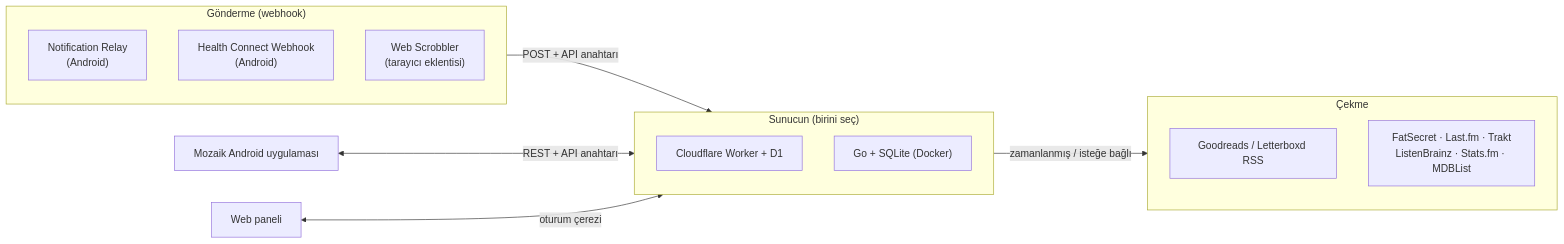
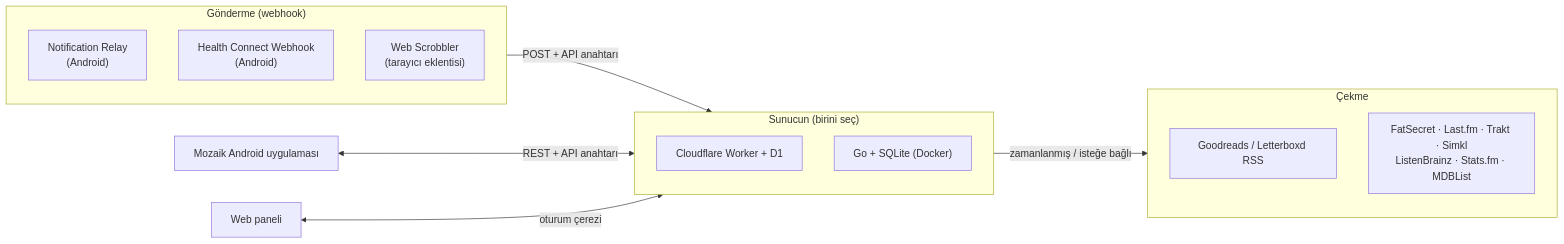
Before and after one commit to Enki013/Mozaik: the diagram in README.tr.md, drawn with Mermaid. The commit also changed other lines of this file and 11 other files, not shown here.

````diff
--- a/README.tr.md
+++ b/README.tr.md
@@ -66,23 +66,23 @@
 ```mermaid
 flowchart LR
     subgraph Push["Gönderme (webhook)"]
         NR["Notification Relay<br/>(Android)"]
         HC["Health Connect Webhook<br/>(Android)"]
         WS["Web Scrobbler<br/>(tarayıcı eklentisi)"]
     end
 
     subgraph Server["Sunucun (birini seç)"]
         CF["Cloudflare Worker + D1"]
         GO["Go + SQLite (Docker)"]
     end
 
     subgraph Pull["Çekme"]
         RSS["Goodreads / Letterboxd RSS"]
-        API["FatSecret · Last.fm · Trakt<br/>ListenBrainz · Stats.fm · MDBList"]
+        API["FatSecret · Last.fm · Trakt · Simkl<br/>ListenBrainz · Stats.fm · MDBList"]
     end
 
     Push -->|"POST + API anahtarı"| Server
     Server -->|"zamanlanmış / isteğe bağlı"| Pull
     App["Mozaik Android uygulaması"] <-->|"REST + API anahtarı"| Server
     Web["Web paneli"] <-->|"oturum çerezi"| Server
 ```
````
